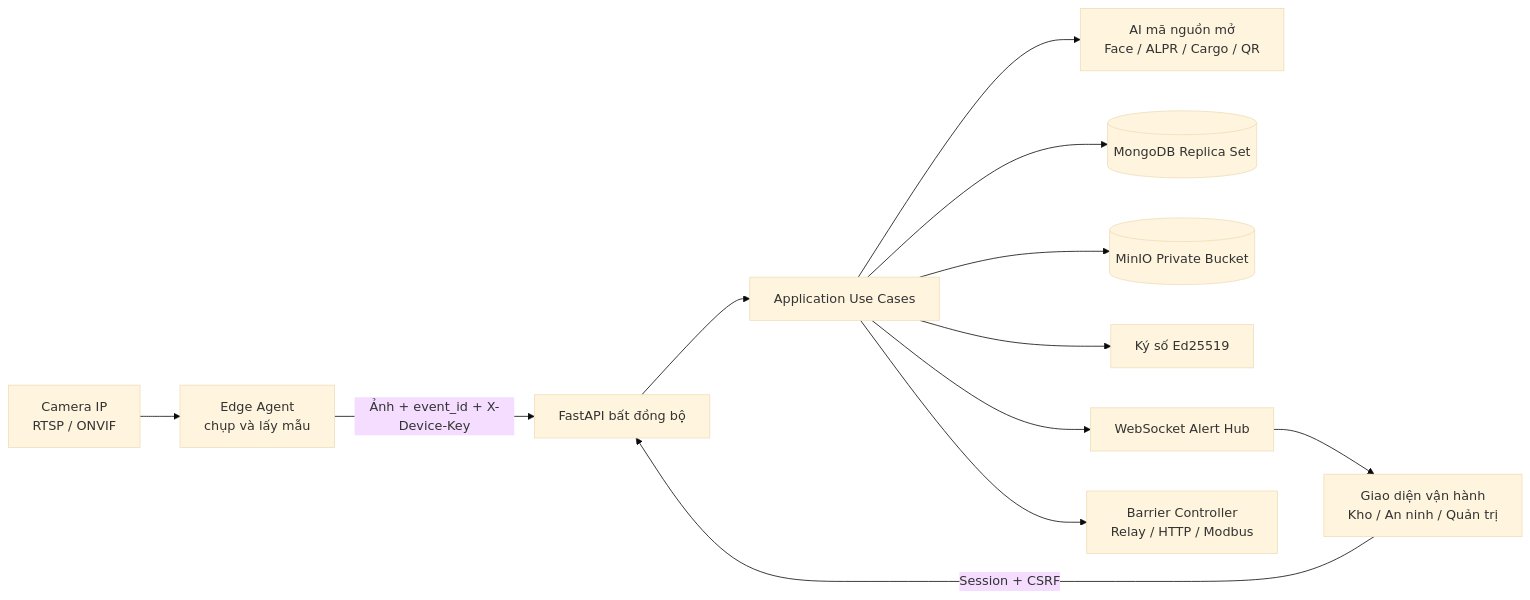
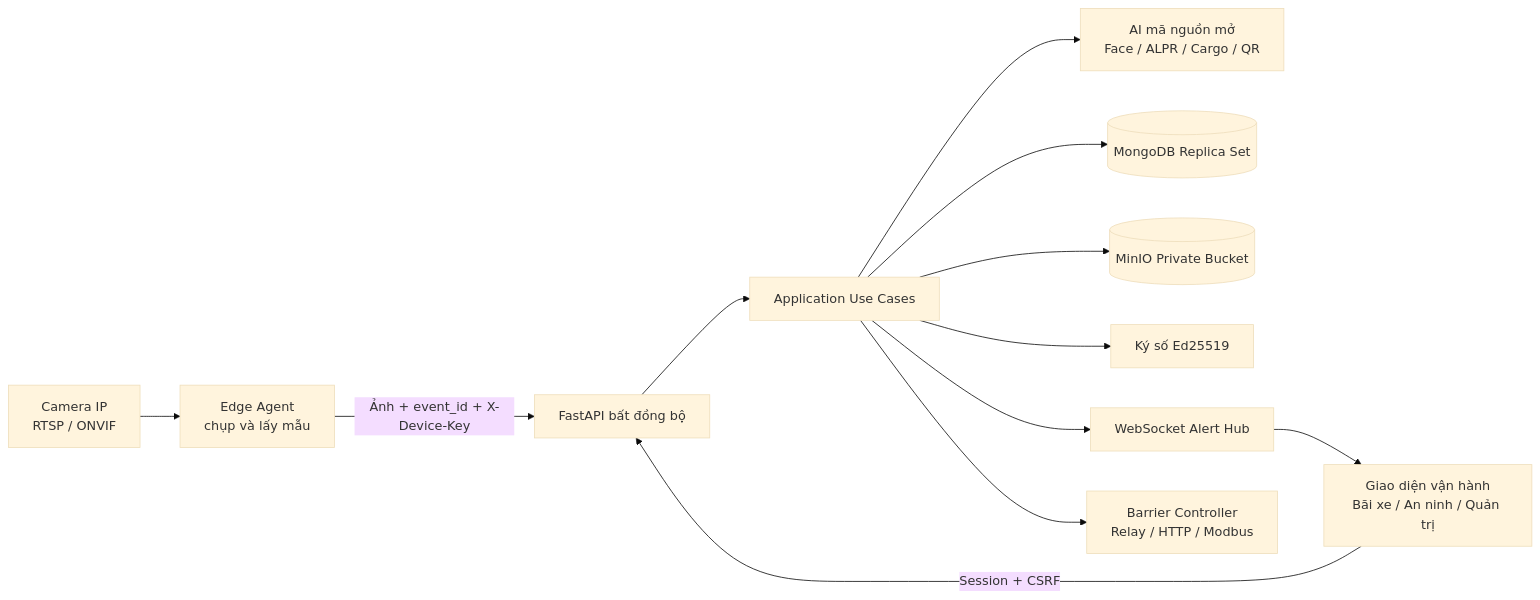
The first of 2 diagrams in README.md (vHozang/ev-smart-gate), drawn with Mermaid (base theme) before and after one commit. The commit also changed other lines of this file and 6 other files, not shown here.

````diff
--- a/README.md
+++ b/README.md
@@ -48,14 +49,14 @@
 ```mermaid
 flowchart LR
     CAM[Camera IP<br/>RTSP / ONVIF] --> EDGE[Edge Agent<br/>chụp và lấy mẫu]
     EDGE -->|Ảnh + event_id + X-Device-Key| API[FastAPI bất đồng bộ]
-    UI[Giao diện vận hành<br/>Kho / An ninh / Quản trị] -->|Session + CSRF| API
+    UI[Giao diện vận hành<br/>Bãi xe / An ninh / Quản trị] -->|Session + CSRF| API
     API --> APP[Application Use Cases]
     APP --> AI[AI mã nguồn mở<br/>Face / ALPR / Cargo / QR]
     APP --> DB[(MongoDB Replica Set)]
     APP --> STORE[(MinIO Private Bucket)]
     APP --> SIGN[Ký số Ed25519]
     APP --> HUB[WebSocket Alert Hub]
     APP --> BARRIER[Barrier Controller<br/>Relay / HTTP / Modbus]
     HUB --> UI
 ```
````
